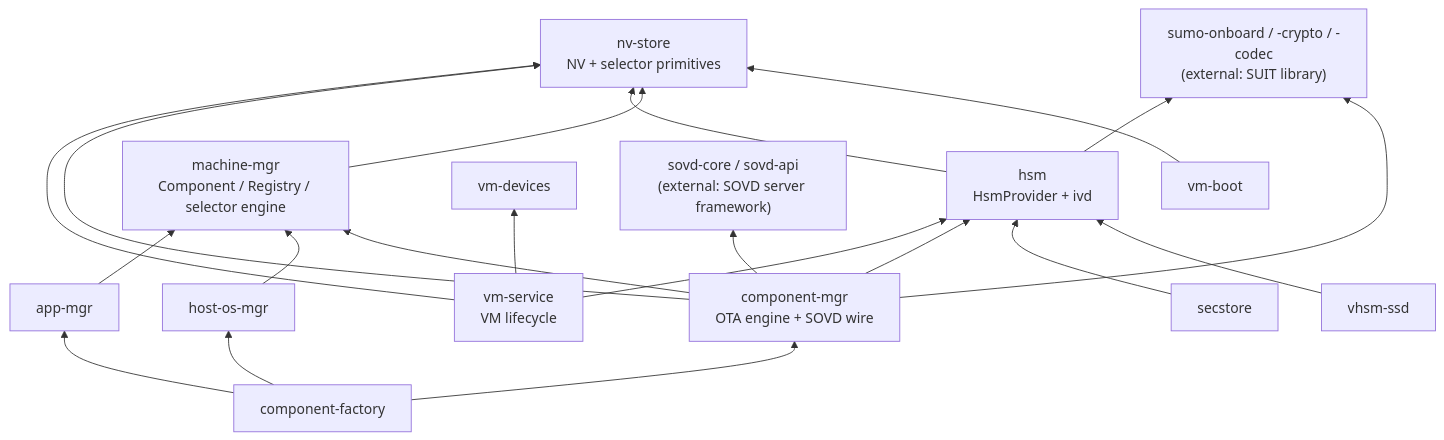
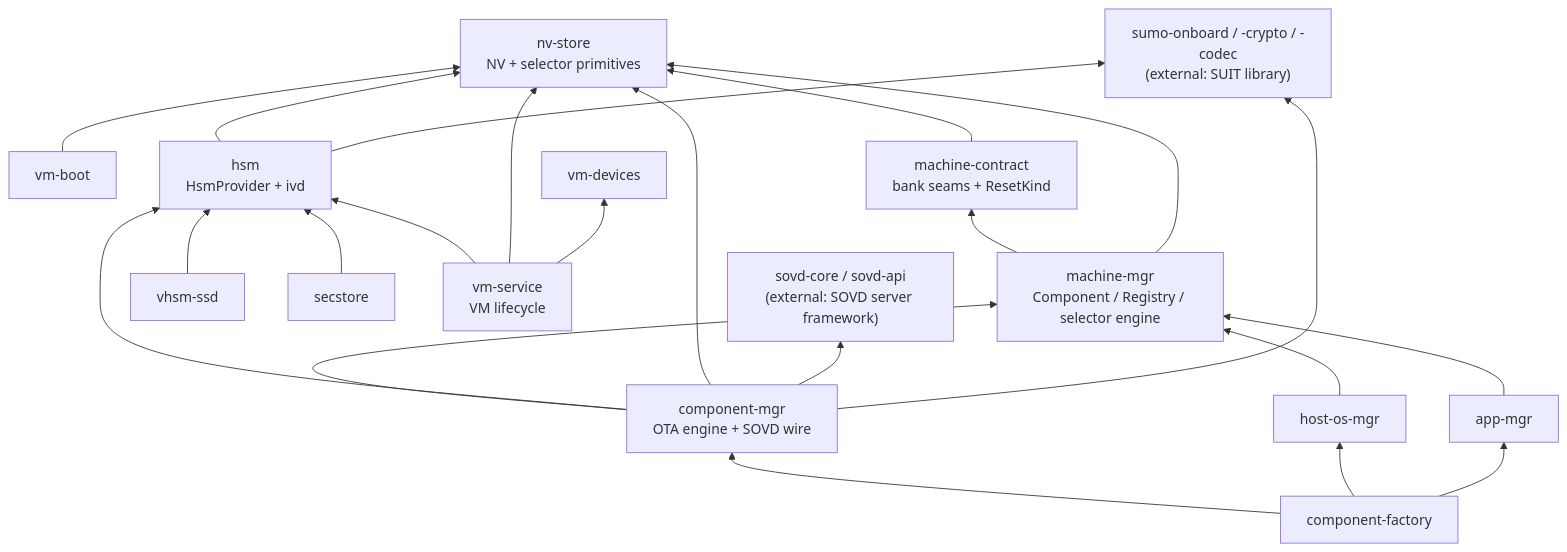
One commit to sdv-playground/sumo-machine-manager changed the third of 5 diagrams in ARCHITECTURE.md. Above: the diagram before and after it, drawn with Mermaid. The commit also changed other lines of this file and 25 other files, not shown here.

````diff
--- a/ARCHITECTURE.md
+++ b/ARCHITECTURE.md
@@ -230,26 +248,28 @@
 ```mermaid
 graph BT
     nv[nv-store<br/>NV + selector primitives]
     boot[vm-boot] --> nv
-    mm[machine-mgr<br/>Component / Registry / selector engine] --> nv
+    mc[machine-contract<br/>bank seams + ResetKind] --> nv
+    mm[machine-mgr<br/>Component / Registry / selector engine] --> mc
+    mm --> nv
     hsm[hsm<br/>HsmProvider + ivd] --> nv
     vhsm[vhsm-ssd] --> hsm
     sec[secstore] --> hsm
     vmgr[component-mgr<br/>OTA engine + SOVD wire] --> mm
     vmgr --> hsm
     vmgr --> nv
     host[host-os-mgr] --> mm
     app[app-mgr] --> mm
     cf[component-factory] --> vmgr
     cf --> host
     cf --> app
     vsvc[vm-service<br/>VM lifecycle] --> hsm
     vsvc --> nv
     vdev[vm-devices]
     vsvc --> vdev
     sovd["sovd-core / sovd-api<br/>(external: SOVD server framework)"]
     vmgr --> sovd
     suit["sumo-onboard / -crypto / -codec<br/>(external: SUIT library)"]
     vmgr --> suit
     hsm --> suit
 ```
````
